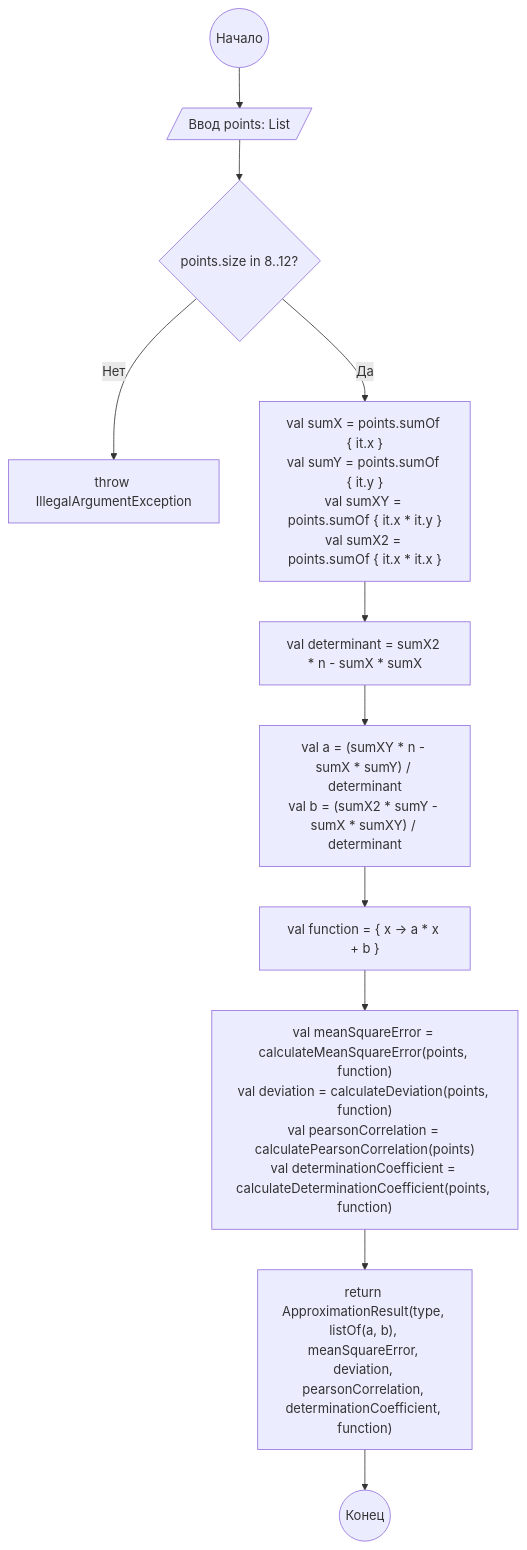
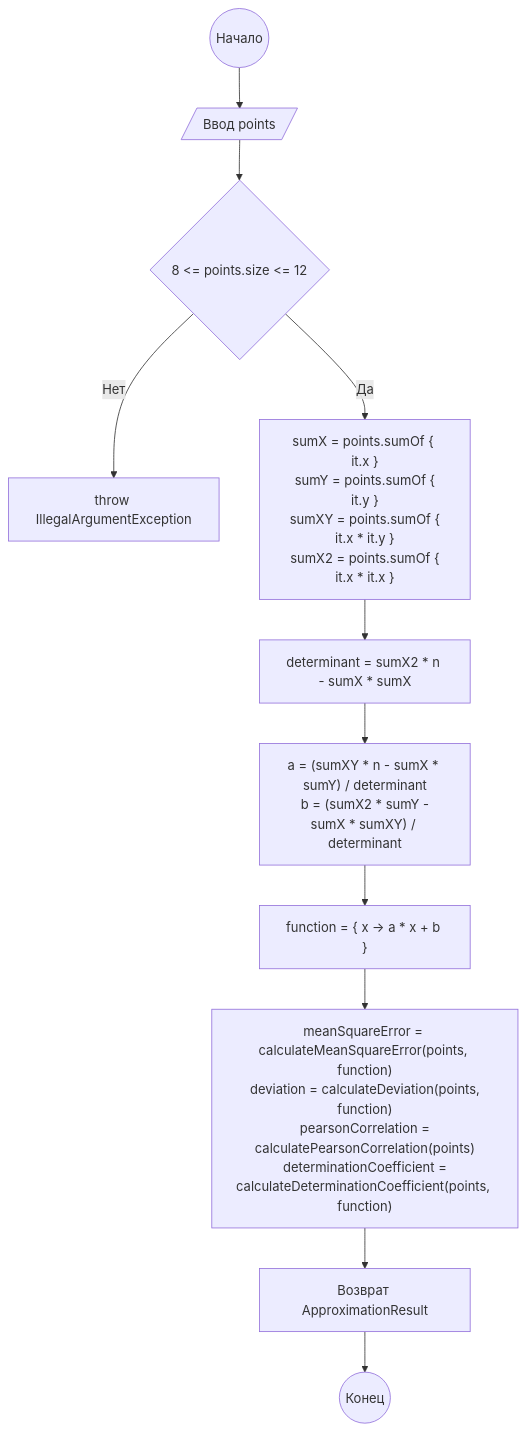
The diagram in docs/schemes/linear_approximator.mmd (arekalov/CompMat-lab4), drawn with Mermaid before and after one commit. The commit also changed 6 other files, not shown here.

```diff
--- a/docs/schemes/linear_approximator.mmd
+++ b/docs/schemes/linear_approximator.mmd
@@ -1,11 +1,11 @@
 flowchart TD
-    A(("Начало")) --> B[/"Ввод points: List<Point>"/]
-    B --> C{"points.size in 8..12?"}
+    A(("Начало")) --> B[/"Ввод points"/]
+    B --> C{"8 <= points.size <= 12"}
     C -->|"Нет"| D["throw IllegalArgumentException"]
-    C -->|"Да"| E["val sumX = points.sumOf { it.x }\nval sumY = points.sumOf { it.y }\nval sumXY = points.sumOf { it.x * it.y }\nval sumX2 = points.sumOf { it.x * it.x }"]
-    E --> F["val determinant = sumX2 * n - sumX * sumX"]
-    F --> G["val a = (sumXY * n - sumX * sumY) / determinant\nval b = (sumX2 * sumY - sumX * sumXY) / determinant"]
-    G --> H["val function = { x -> a * x + b }"]
-    H --> I["val meanSquareError = calculateMeanSquareError(points, function)\nval deviation = calculateDeviation(points, function)\nval pearsonCorrelation = calculatePearsonCorrelation(points)\nval determinationCoefficient = calculateDeterminationCoefficient(points, function)"]
-    I --> J["return ApproximationResult(type, listOf(a, b), meanSquareError, deviation, pearsonCorrelation, determinationCoefficient, function)"]
+    C -->|"Да"| E[" sumX = points.sumOf { it.x }\n sumY = points.sumOf { it.y }\n sumXY = points.sumOf { it.x * it.y }\n sumX2 = points.sumOf { it.x * it.x }"]
+    E --> F["determinant = sumX2 * n - sumX * sumX"]
+    F --> G["a = (sumXY * n - sumX * sumY) / determinant\n b = (sumX2 * sumY - sumX * sumXY) / determinant"]
+    G --> H["function = { x -> a * x + b }"]
+    H --> I["meanSquareError = calculateMeanSquareError(points, function)\n deviation = calculateDeviation(points, function)\n pearsonCorrelation = calculatePearsonCorrelation(points)\n determinationCoefficient = calculateDeterminationCoefficient(points, function)"]
+    I --> J["Возврат ApproximationResult"]
     J --> K(("Конец"))
```
